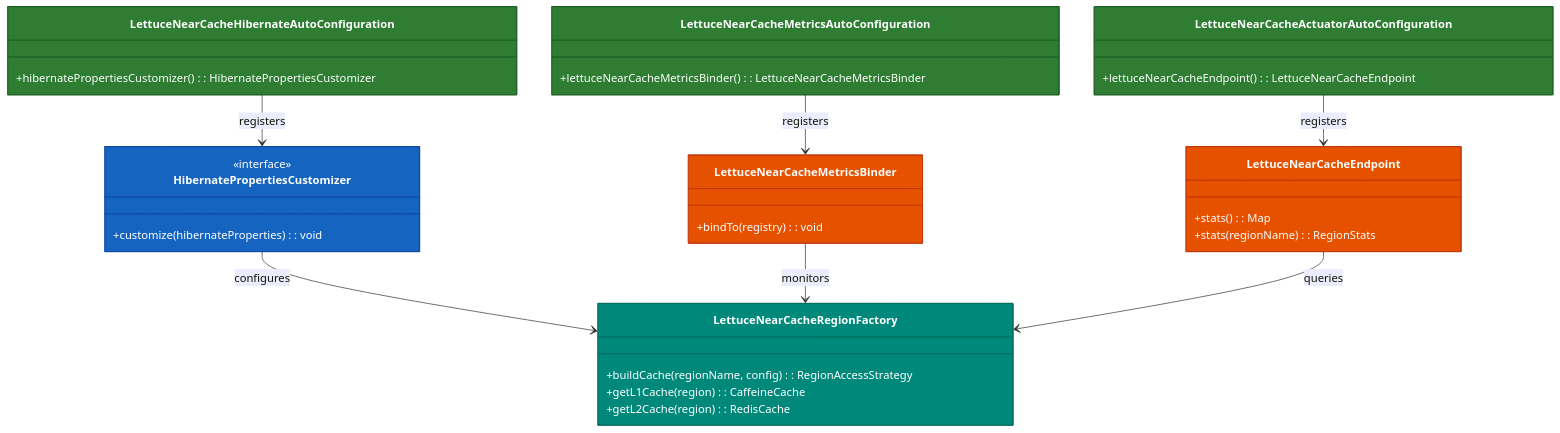
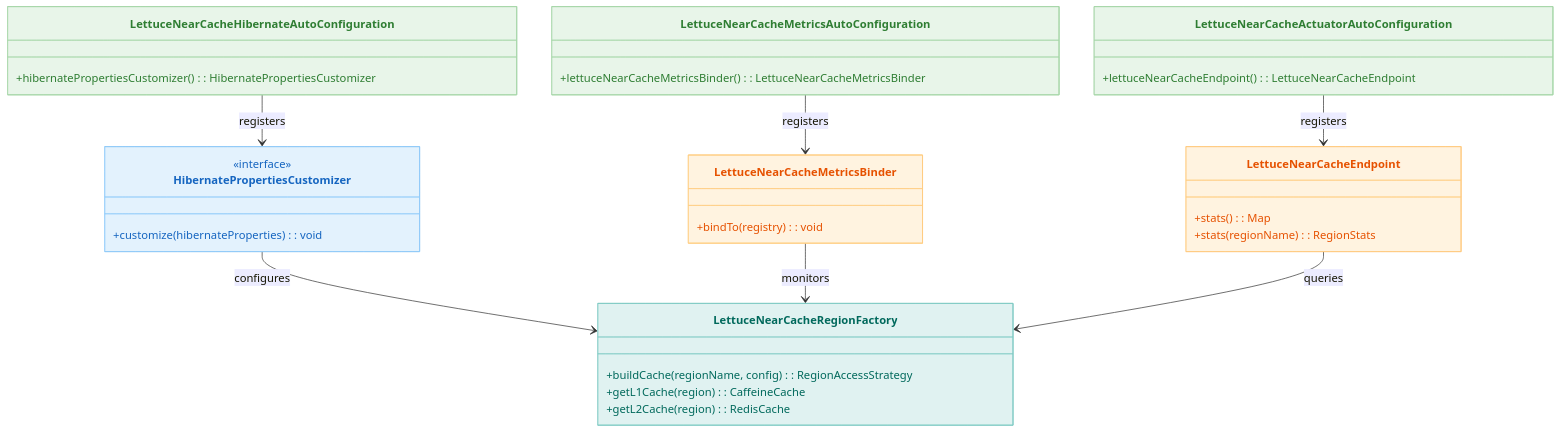
Before and after one commit to bluetape4k/bluetape4k-projects: the first of 2 diagrams in spring-boot3/hibernate-lettuce/README.ko.md, drawn with Mermaid. The commit also changed other lines of this file and 219 other files, not shown here.

First line of the commit message:
docs: 전체 README Mermaid 다이어그램 가이드 적용

````diff
--- a/spring-boot3/hibernate-lettuce/README.ko.md
+++ b/spring-boot3/hibernate-lettuce/README.ko.md
@@ -13,43 +13,43 @@
 ```mermaid
 classDiagram
     class LettuceNearCacheHibernateAutoConfiguration {
         +hibernatePropertiesCustomizer(): HibernatePropertiesCustomizer
     }
     class LettuceNearCacheMetricsAutoConfiguration {
         +lettuceNearCacheMetricsBinder(): LettuceNearCacheMetricsBinder
     }
     class LettuceNearCacheActuatorAutoConfiguration {
         +lettuceNearCacheEndpoint(): LettuceNearCacheEndpoint
     }
     class HibernatePropertiesCustomizer {
         <<interface>>
         +customize(hibernateProperties): void
     }
     class LettuceNearCacheRegionFactory {
         +buildCache(regionName, config): RegionAccessStrategy
         +getL1Cache(region): CaffeineCache
         +getL2Cache(region): RedisCache
     }
     class LettuceNearCacheMetricsBinder {
         +bindTo(registry): void
     }
     class LettuceNearCacheEndpoint {
         +stats(): Map
         +stats(regionName): RegionStats
     }
 
     LettuceNearCacheHibernateAutoConfiguration --> HibernatePropertiesCustomizer : registers
     HibernatePropertiesCustomizer --> LettuceNearCacheRegionFactory : configures
     LettuceNearCacheMetricsAutoConfiguration --> LettuceNearCacheMetricsBinder : registers
     LettuceNearCacheActuatorAutoConfiguration --> LettuceNearCacheEndpoint : registers
     LettuceNearCacheMetricsBinder --> LettuceNearCacheRegionFactory : monitors
     LettuceNearCacheEndpoint --> LettuceNearCacheRegionFactory : queries
 
-    style LettuceNearCacheHibernateAutoConfiguration fill:#2E7D32,stroke:#1B5E20,color:#FFFFFF
-    style LettuceNearCacheMetricsAutoConfiguration fill:#2E7D32,stroke:#1B5E20,color:#FFFFFF
-    style LettuceNearCacheActuatorAutoConfiguration fill:#2E7D32,stroke:#1B5E20,color:#FFFFFF
-    style HibernatePropertiesCustomizer fill:#1565C0,stroke:#0D47A1,color:#FFFFFF
-    style LettuceNearCacheRegionFactory fill:#00897B,stroke:#00695C,color:#FFFFFF
-    style LettuceNearCacheMetricsBinder fill:#E65100,stroke:#BF360C,color:#FFFFFF
-    style LettuceNearCacheEndpoint fill:#E65100,stroke:#BF360C,color:#FFFFFF
+    style LettuceNearCacheHibernateAutoConfiguration fill:#E8F5E9,stroke:#A5D6A7,color:#2E7D32
+    style LettuceNearCacheMetricsAutoConfiguration fill:#E8F5E9,stroke:#A5D6A7,color:#2E7D32
+    style LettuceNearCacheActuatorAutoConfiguration fill:#E8F5E9,stroke:#A5D6A7,color:#2E7D32
+    style HibernatePropertiesCustomizer fill:#E3F2FD,stroke:#90CAF9,color:#1565C0
+    style LettuceNearCacheRegionFactory fill:#E0F2F1,stroke:#80CBC4,color:#00695C
+    style LettuceNearCacheMetricsBinder fill:#FFF3E0,stroke:#FFCC80,color:#E65100
+    style LettuceNearCacheEndpoint fill:#FFF3E0,stroke:#FFCC80,color:#E65100
 ```
````
